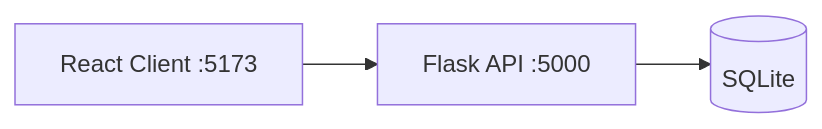
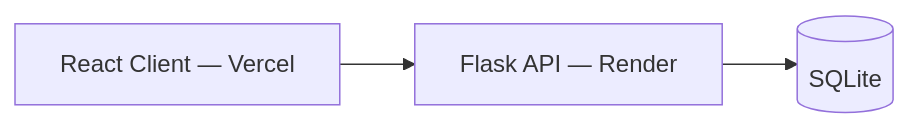
Before and after one commit to timothydarrell14-glitch/Full-Stack_Project: the third of 9 diagrams in README.md, drawn with Mermaid. The commit also changed other lines of this file, not shown here.

Commit message:
feat: Update README.md with live deployment links and enhance architecture documentation

````diff
--- a/README.md
+++ b/README.md
@@ -100,5 +105,5 @@
 ```mermaid
 flowchart LR
-  A[React Client :5173] --> B[Flask API :5000]
+  A[React Client — Vercel] --> B[Flask API — Render]
   B --> C[(SQLite)]
 ```
````
